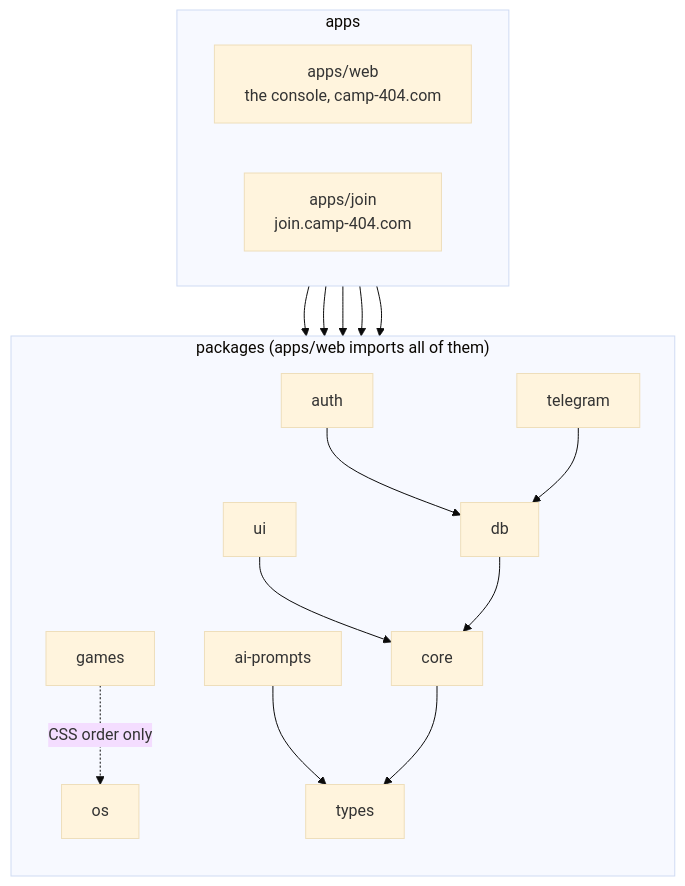
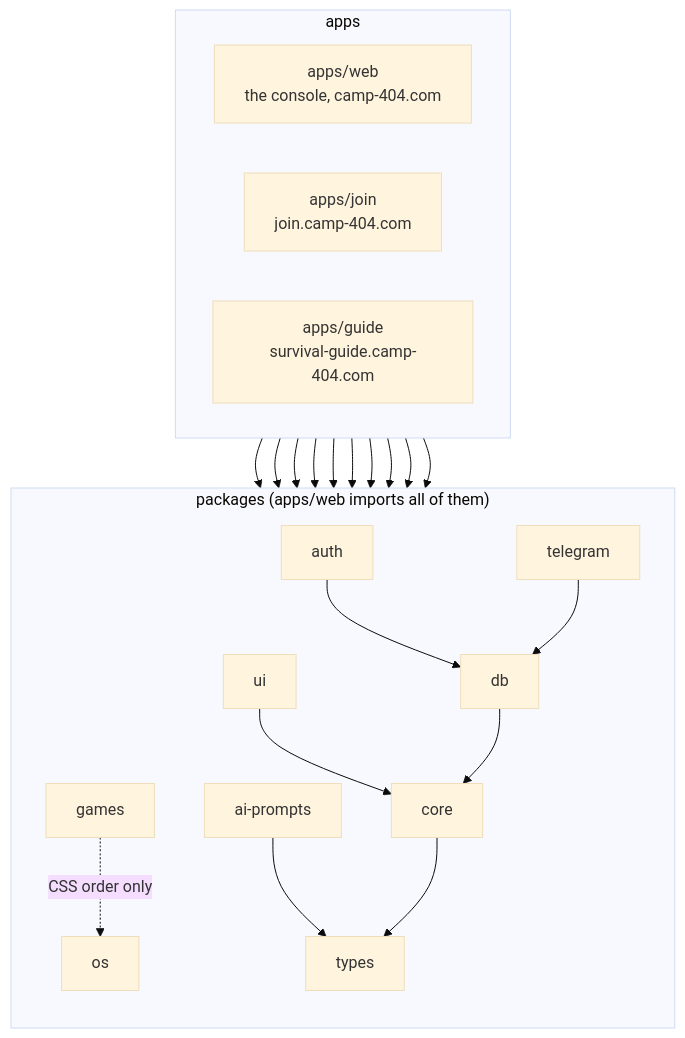
Before and after one commit to RyRy79261/camp-404: the diagram in README.md, drawn with Mermaid (base theme). The commit also changed 50 other files, not shown here.

````diff
--- a/README.md
+++ b/README.md
@@ -75,24 +75,26 @@
 ```mermaid
 flowchart TB
   subgraph apps
     direction LR
     web["apps/web<br/>the console, camp-404.com"]
     join["apps/join<br/>join.camp-404.com"]
+    guide["apps/guide<br/>survival-guide.camp-404.com"]
   end
   subgraph packages["packages (apps/web imports all of them)"]
     direction TB
     ui["ui"] & os["os"] & games["games"] & auth["auth"] & telegram["telegram"] & prompts["ai-prompts"]
     db["db"]
     core["core"]
     types["types"]
   end
   web --> packages
-  join --> os & games & db & types
+  join --> os & games & db & core & types
+  guide --> ui & db & core & types
   games -. CSS order only .-> os
   ui --> core
   auth --> db
   telegram --> db
   prompts --> types
   db --> core
   core --> types
 ```
````
